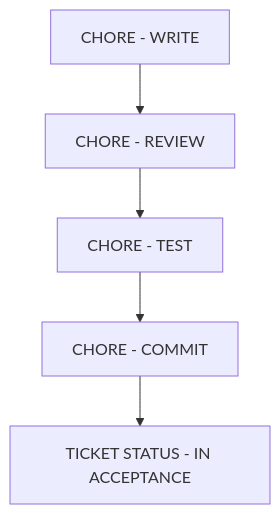
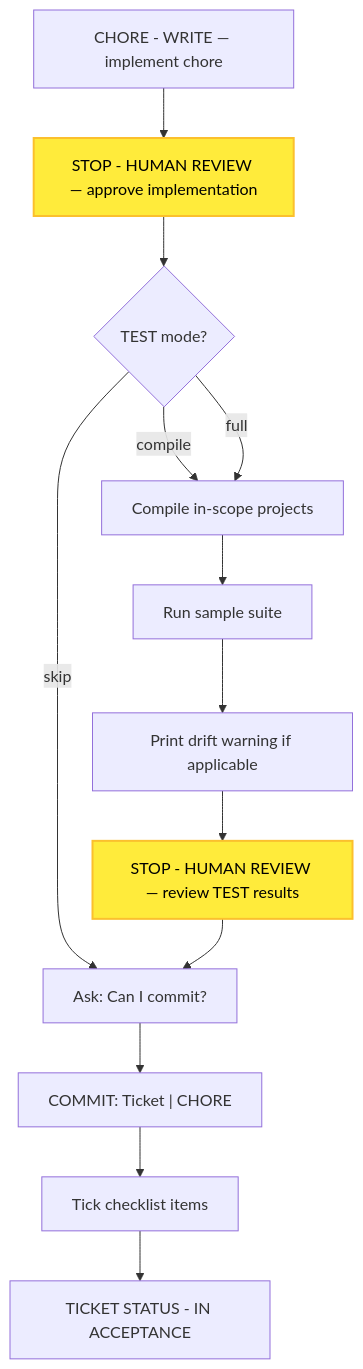
One commit to optivem/starter changed the ninth of 10 diagrams in docs/atdd/process/diagram-process.md. Above: the diagram before and after it, drawn with Mermaid. The commit also changed other lines of this file and 2 other files, not shown here.

````diff
--- a/docs/atdd/process/diagram-process.md
+++ b/docs/atdd/process/diagram-process.md
@@ -253,13 +279,30 @@
 ```mermaid
 flowchart TD
-    WRITE[CHORE - WRITE]
-    REVIEW[CHORE - REVIEW]
-    TEST[CHORE - TEST]
-    COMMIT[CHORE - COMMIT]
-    IN_ACCEPTANCE[TICKET STATUS - IN ACCEPTANCE]
+    WRITE["CHORE - WRITE — implement chore"]
+    REVIEW["STOP - HUMAN REVIEW — approve implementation"]
+    TEST_GATE{TEST mode?}
+    COMPILE[Compile in-scope projects]
+    SAMPLE["Run sample suite"]
+    DRIFT[Print drift warning if applicable]
+    STOP_TEST["STOP - HUMAN REVIEW — review TEST results"]
+    ASK_COMMIT["Ask: Can I commit?"]
+    COMMIT["COMMIT: Ticket | CHORE"]
+    TICK[Tick checklist items]
+    INACC[TICKET STATUS - IN ACCEPTANCE]
 
     WRITE --> REVIEW
-    REVIEW --> TEST
-    TEST --> COMMIT
-    COMMIT --> IN_ACCEPTANCE
+    REVIEW --> TEST_GATE
+    TEST_GATE -->|skip| ASK_COMMIT
+    TEST_GATE -->|compile| COMPILE
+    TEST_GATE -->|full| COMPILE
+    COMPILE --> SAMPLE
+    SAMPLE --> DRIFT
+    DRIFT --> STOP_TEST
+    STOP_TEST --> ASK_COMMIT
+    ASK_COMMIT --> COMMIT
+    COMMIT --> TICK
+    TICK --> INACC
+
+    classDef humanReviewNode fill:#ffeb3b,stroke:#fbc02d,stroke-width:2px,color:#000
+    class REVIEW,STOP_TEST humanReviewNode
 ```
````
